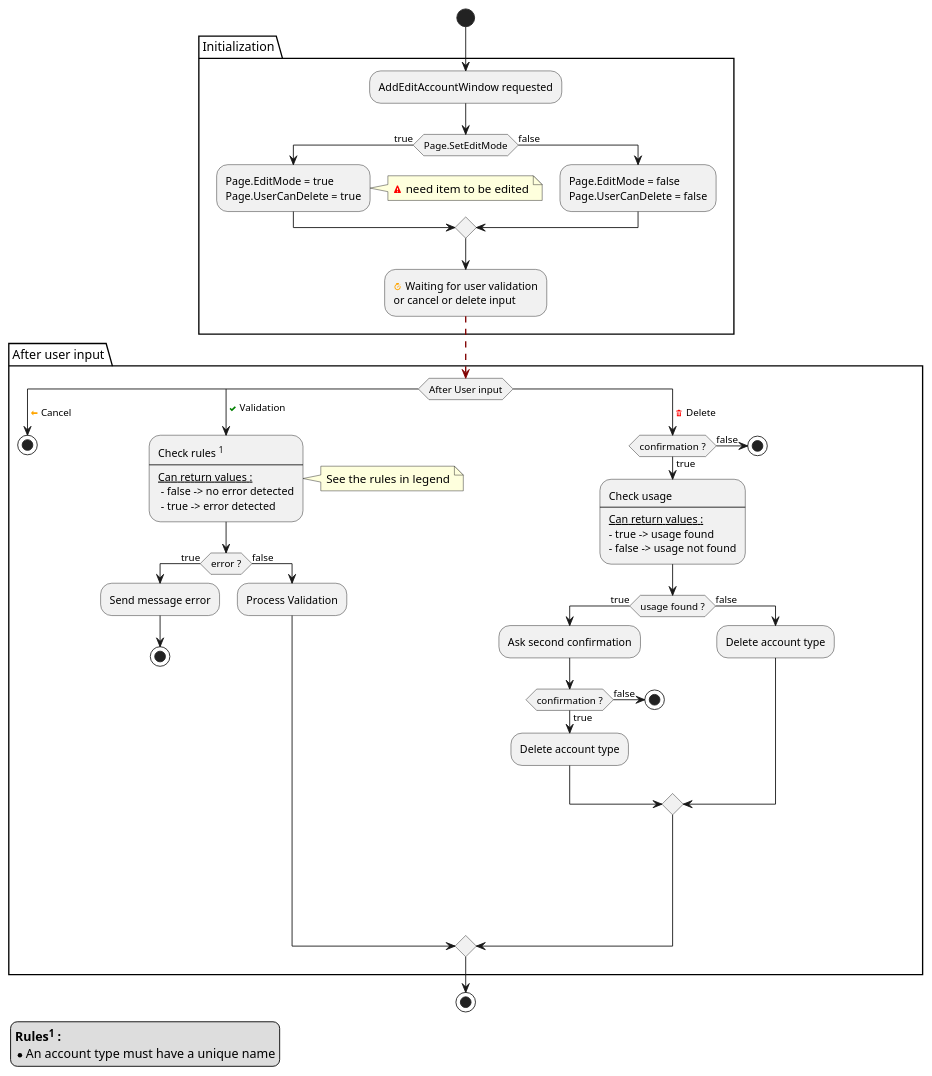
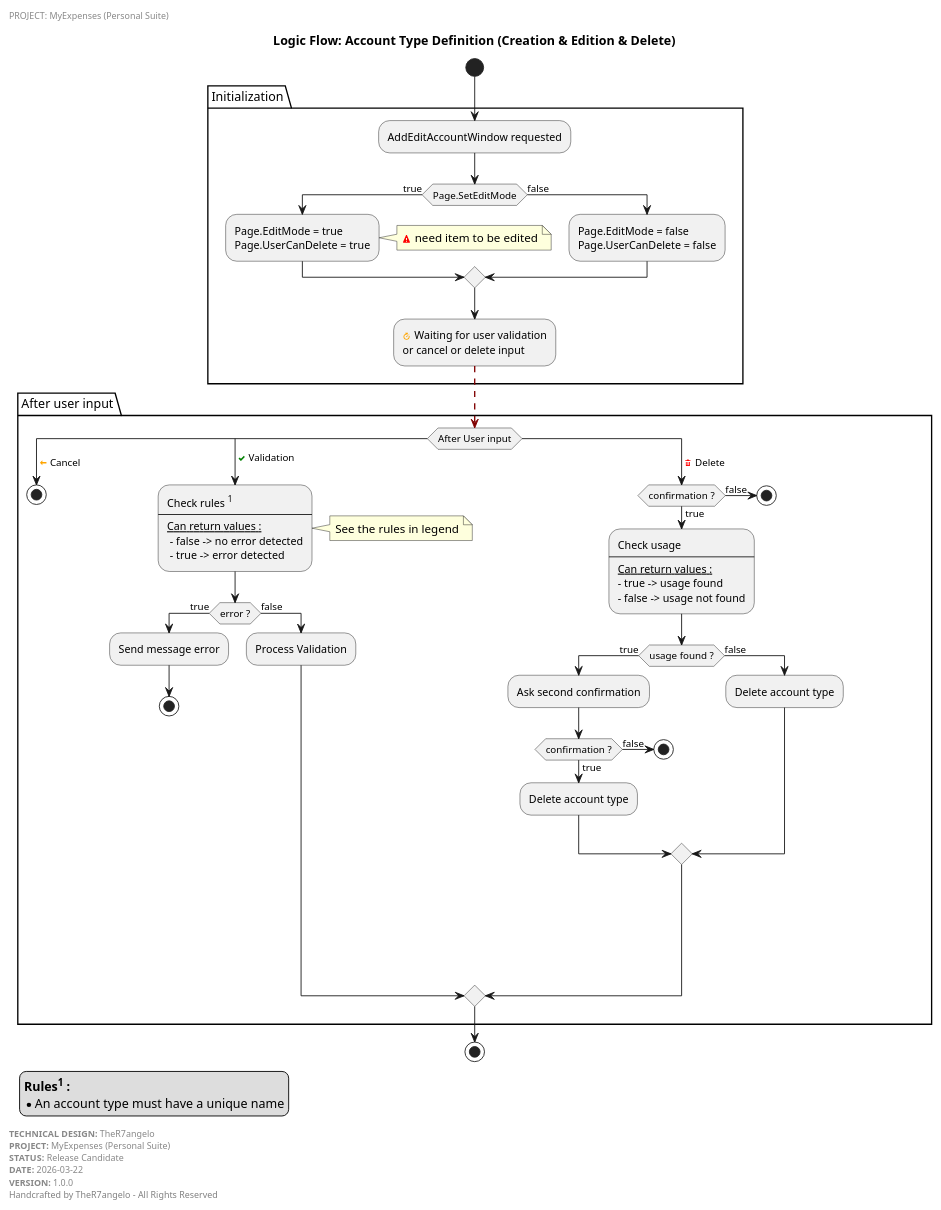
The diagram in Documentations/AddEditAccountType.puml (TheR7angelo/MyExpenses), drawn with PlantUML before and after one commit.

Commit message:
docs(activity-diagram): enhance Add/Edit Account Type diagram with project metadata
Added header, title, and footer to the PlantUML activity diagram for the Add/Edit Account Type flow. Includes project name, version, status, and technical design attribution for improved clarity and documentation.

```diff
--- a/Documentations/AddEditAccountType.puml
+++ b/Documentations/AddEditAccountType.puml
@@ -1,73 +1,85 @@
 @startuml
 'https://plantuml.com/activity-diagram-beta
 skinparam defaultTextAlignment left
+
+header PROJECT: MyExpenses (Personal Suite)
+title Logic Flow: Account Type Definition (Creation & Edition & Delete)
+
+left footer
+    **TECHNICAL DESIGN:** TheR7angelo
+    **PROJECT:** MyExpenses (Personal Suite)
+    **STATUS:** Release Candidate
+    **DATE:** 2026-03-22
+    **VERSION:** 1.0.0
+    <font color=grey>Handcrafted by TheR7angelo - All Rights Reserved</font>
+end footer
 
 start
 
 legend left
     <b>Rules<sup>1</sup> :
     * An account type must have a unique name
 end legend
 
 package Initialization {
     :AddEditAccountWindow requested;
     if (Page.SetEditMode) then (true)
         :Page.EditMode = true\nPage.UserCanDelete = true;
         note right: <color:red><&warning></color> need item to be edited
     else (false)
         :Page.EditMode = false\nPage.UserCanDelete = false;
     endif
 
     :<color:orange><&timer></color> Waiting for user validation\nor cancel or delete input;
     -[#maroon,dashed]->
 }
 
 package After user input {
 
 switch (After User input)
     case ( <color:orange><&arrow-thick-left></color> Cancel )
       stop
 
     case ( <color:green><&check></color> Validation )
         :Check rules <sup>1</sup>
         ----
         <u>Can return values :</u>
          - false -> no error detected
          - true -> error detected; <<object>>
         
         note right : See the rules in legend
 
         if (error ?) then (true)
             :Send message error;
             stop
         else (false)
             :Process Validation;
         endif
 
     case ( <color:red><&trash></color> Delete )
         if (confirmation ?) then (false)
             stop
         else (true)
             :Check usage
             ----
             <u>Can return values :</u>
             - true -> usage found
             - false -> usage not found; <<object>>
             
             if (usage found ?) then (true)
                 :Ask second confirmation;
                 if (confirmation ?) then (false)
                     stop
                 else (true)
                     :Delete account type;
                 endif
             else (false)
                 :Delete account type;
             endif
         endif
 endswitch
 }
 
 stop
 
 @enduml
```
